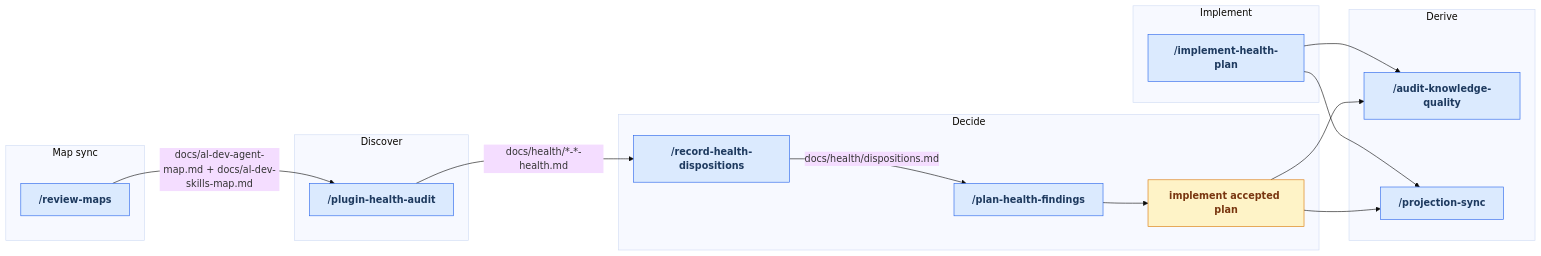
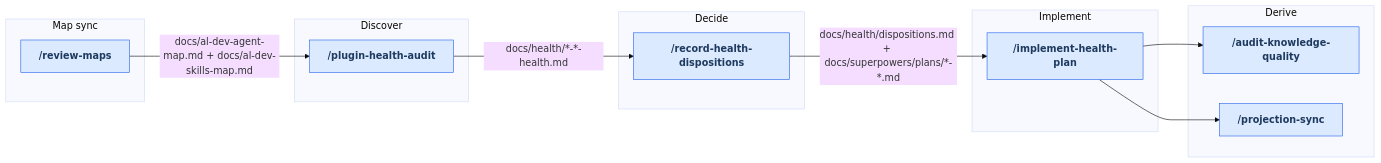
Before and after one commit to russell-laing/al-dev-shared: the first of 7 diagrams in docs/maintainer-tooling.md, drawn with Mermaid (base theme). The commit also changed other lines of this file and 2 other files, not shown here.

Commit message:
test(tooling): add trigger scenarios for implement-health-plan skill
6 scenarios (4 trigger, 2 no-trigger) covering the primary trigger phrase,
run/execute alternates, close-the-ledger phrase, and confusable routes to
plan-health-findings and plugin-health-audit.

````diff
--- a/docs/maintainer-tooling.md
+++ b/docs/maintainer-tooling.md
@@ -53,46 +53,39 @@
 ```mermaid
 flowchart LR
     classDef userSkill fill:#dbeafe,stroke:#2563eb,color:#1e3a5f,font-weight:bold
     classDef manualStep fill:#fef3c7,stroke:#d97706,color:#78350f,font-weight:bold
 
     subgraph stage_map_sync["Map sync"]
         skill_review_maps["/review-maps"]
     end
     subgraph stage_discover["Discover"]
         skill_plugin_health_audit["/plugin-health-audit"]
     end
     subgraph stage_decide["Decide"]
-        skill_plan_health_findings["/plan-health-findings"]
-        manual_plan_health_findings["implement accepted plan"]
         skill_record_health_dispositions["/record-health-dispositions"]
     end
     subgraph stage_implement["Implement"]
         skill_implement_health_plan["/implement-health-plan"]
     end
     subgraph stage_derive["Derive"]
         skill_audit_knowledge_quality["/audit-knowledge-quality"]
         skill_projection_sync["/projection-sync"]
     end
     stage_map_sync ~~~ stage_discover
     stage_discover ~~~ stage_decide
     stage_decide ~~~ stage_implement
     stage_implement ~~~ stage_derive
 
     skill_implement_health_plan --> skill_audit_knowledge_quality
     skill_implement_health_plan --> skill_projection_sync
-    skill_plan_health_findings --> manual_plan_health_findings
-    manual_plan_health_findings --> skill_audit_knowledge_quality
-    manual_plan_health_findings --> skill_projection_sync
     skill_plugin_health_audit -- "docs/health/*-*-health.md" --> skill_record_health_dispositions
-    skill_record_health_dispositions -- "docs/health/dispositions.md" --> skill_plan_health_findings
+    skill_record_health_dispositions -- "docs/health/dispositions.md + docs/superpowers/plans/*-*.md" --> skill_implement_health_plan
     skill_review_maps -- "docs/al-dev-agent-map.md + docs/al-dev-skills-map.md" --> skill_plugin_health_audit
 
     class skill_audit_knowledge_quality userSkill
     class skill_implement_health_plan userSkill
-    class skill_plan_health_findings userSkill
     class skill_plugin_health_audit userSkill
     class skill_projection_sync userSkill
     class skill_record_health_dispositions userSkill
     class skill_review_maps userSkill
-    class manual_plan_health_findings manualStep
 ```
````
